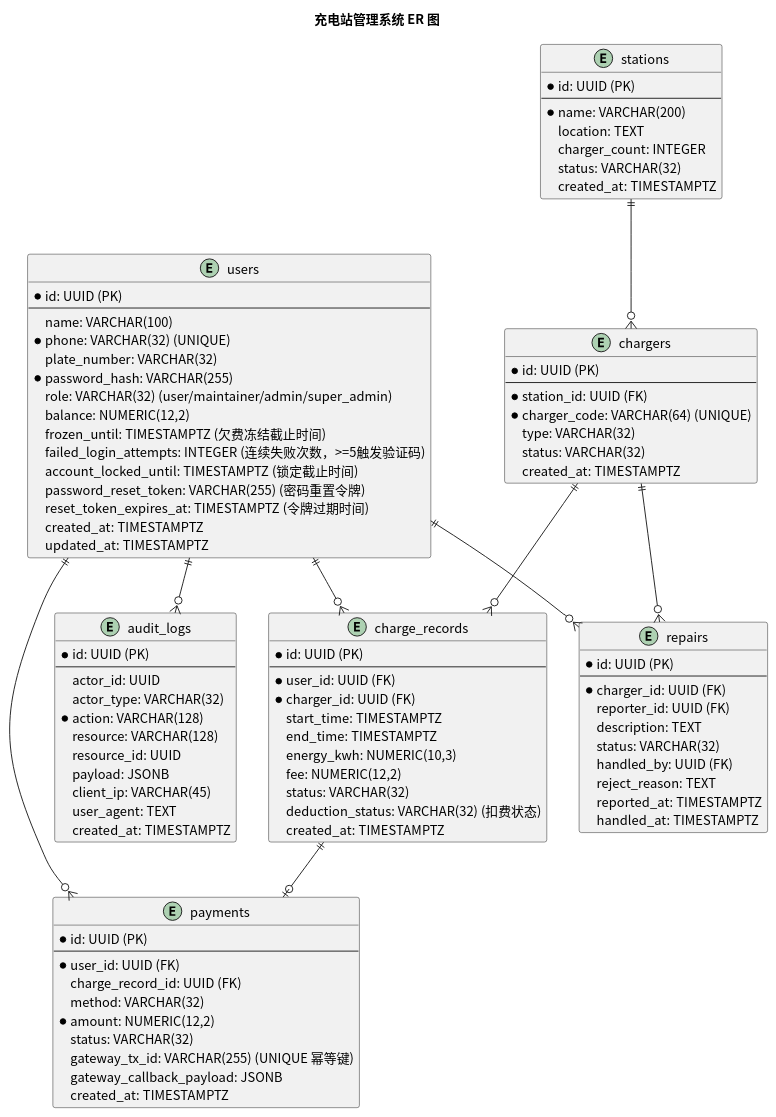
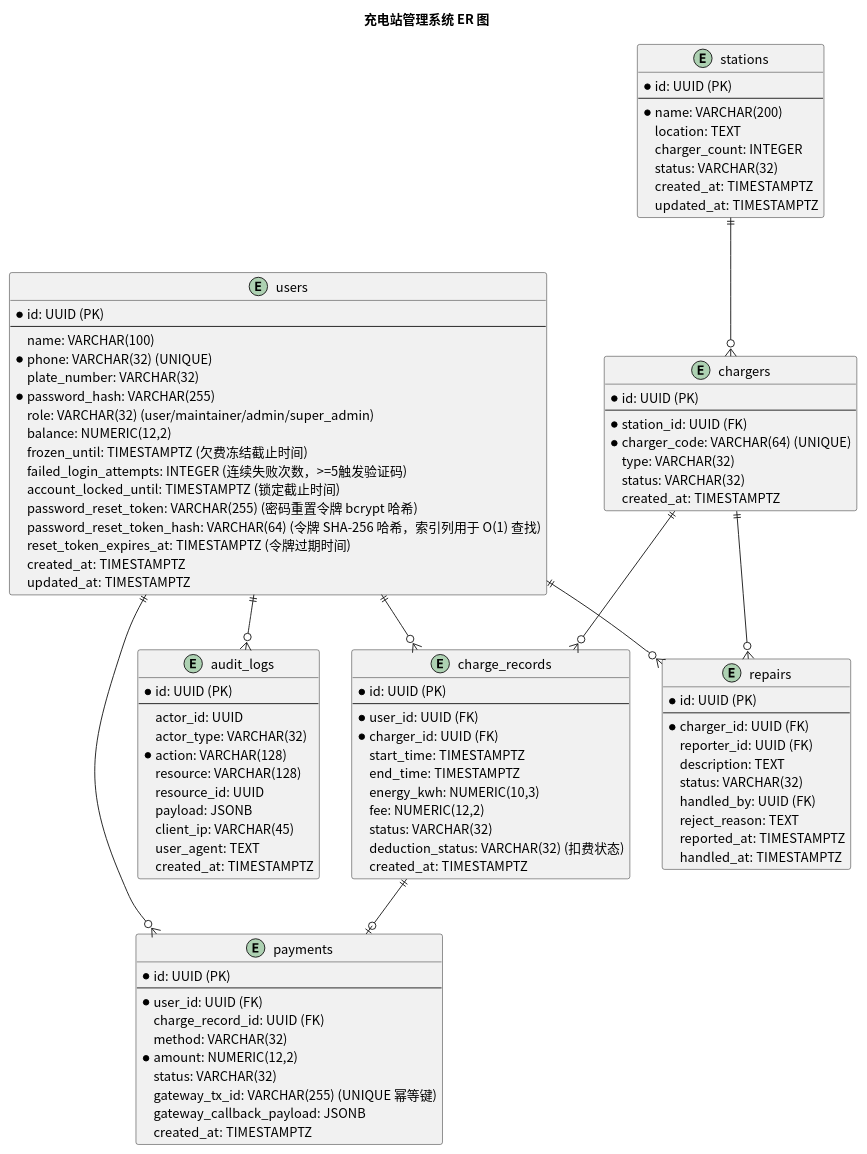
Before and after one commit to greenhandzdl/charging-station-doc: the diagram in usecase/docs/database/src/er_diagram.puml, drawn with PlantUML. The commit also changed 5 other files, not shown here.

First line of the commit message:
fix: 第3轮评估修复 — 启动充电余额校验补齐、ER图字段补全、类图补充

```diff
--- a/usecase/docs/database/src/er_diagram.puml
+++ b/usecase/docs/database/src/er_diagram.puml
@@ -1,106 +1,108 @@
 @startuml
 skinparam defaultFontName "Noto Sans CJK SC"
 skinparam defaultFontSize 14
 title 充电站管理系统 ER 图
 
 entity users {
   *id: UUID (PK)
   --
   name: VARCHAR(100)
   *phone: VARCHAR(32) (UNIQUE)
   plate_number: VARCHAR(32)
   *password_hash: VARCHAR(255)
   role: VARCHAR(32) (user/maintainer/admin/super_admin)
   balance: NUMERIC(12,2)
   frozen_until: TIMESTAMPTZ (欠费冻结截止时间)
   failed_login_attempts: INTEGER (连续失败次数，>=5触发验证码)
   account_locked_until: TIMESTAMPTZ (锁定截止时间)
-  password_reset_token: VARCHAR(255) (密码重置令牌)
+  password_reset_token: VARCHAR(255) (密码重置令牌 bcrypt 哈希)
+  password_reset_token_hash: VARCHAR(64) (令牌 SHA-256 哈希，索引列用于 O(1) 查找)
   reset_token_expires_at: TIMESTAMPTZ (令牌过期时间)
   created_at: TIMESTAMPTZ
   updated_at: TIMESTAMPTZ
 }
 
 entity stations {
   *id: UUID (PK)
   --
   *name: VARCHAR(200)
   location: TEXT
   charger_count: INTEGER
   status: VARCHAR(32)
   created_at: TIMESTAMPTZ
+  updated_at: TIMESTAMPTZ
 }
 
 entity chargers {
   *id: UUID (PK)
   --
   *station_id: UUID (FK)
   *charger_code: VARCHAR(64) (UNIQUE)
   type: VARCHAR(32)
   status: VARCHAR(32)
   created_at: TIMESTAMPTZ
 }
 
 entity charge_records {
   *id: UUID (PK)
   --
   *user_id: UUID (FK)
   *charger_id: UUID (FK)
   start_time: TIMESTAMPTZ
   end_time: TIMESTAMPTZ
   energy_kwh: NUMERIC(10,3)
   fee: NUMERIC(12,2)
   status: VARCHAR(32)
   deduction_status: VARCHAR(32) (扣费状态)
   created_at: TIMESTAMPTZ
 }
 
 entity payments {
   *id: UUID (PK)
   --
   *user_id: UUID (FK)
   charge_record_id: UUID (FK)
   method: VARCHAR(32)
   *amount: NUMERIC(12,2)
   status: VARCHAR(32)
   gateway_tx_id: VARCHAR(255) (UNIQUE 幂等键)
   gateway_callback_payload: JSONB
   created_at: TIMESTAMPTZ
 }
 
 entity repairs {
   *id: UUID (PK)
   --
   *charger_id: UUID (FK)
   reporter_id: UUID (FK)
   description: TEXT
   status: VARCHAR(32)
   handled_by: UUID (FK)
   reject_reason: TEXT
   reported_at: TIMESTAMPTZ
   handled_at: TIMESTAMPTZ
 }
 
 entity audit_logs {
   *id: UUID (PK)
   --
   actor_id: UUID
   actor_type: VARCHAR(32)
   *action: VARCHAR(128)
   resource: VARCHAR(128)
   resource_id: UUID
   payload: JSONB
   client_ip: VARCHAR(45)
   user_agent: TEXT
   created_at: TIMESTAMPTZ
 }
 
 stations ||--o{ chargers
 users ||--o{ charge_records
 chargers ||--o{ charge_records
 users ||--o{ payments
 charge_records ||--o| payments
 users ||--o{ repairs
 chargers ||--o{ repairs
 users ||--o{ audit_logs
 @enduml
```
